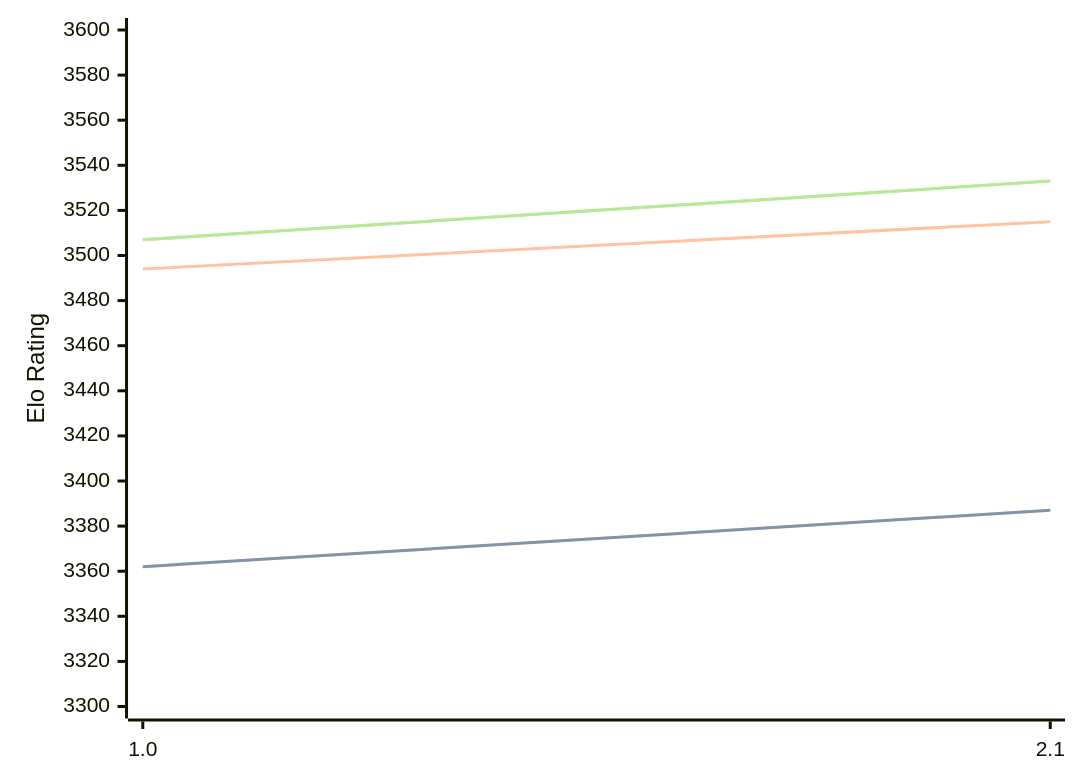
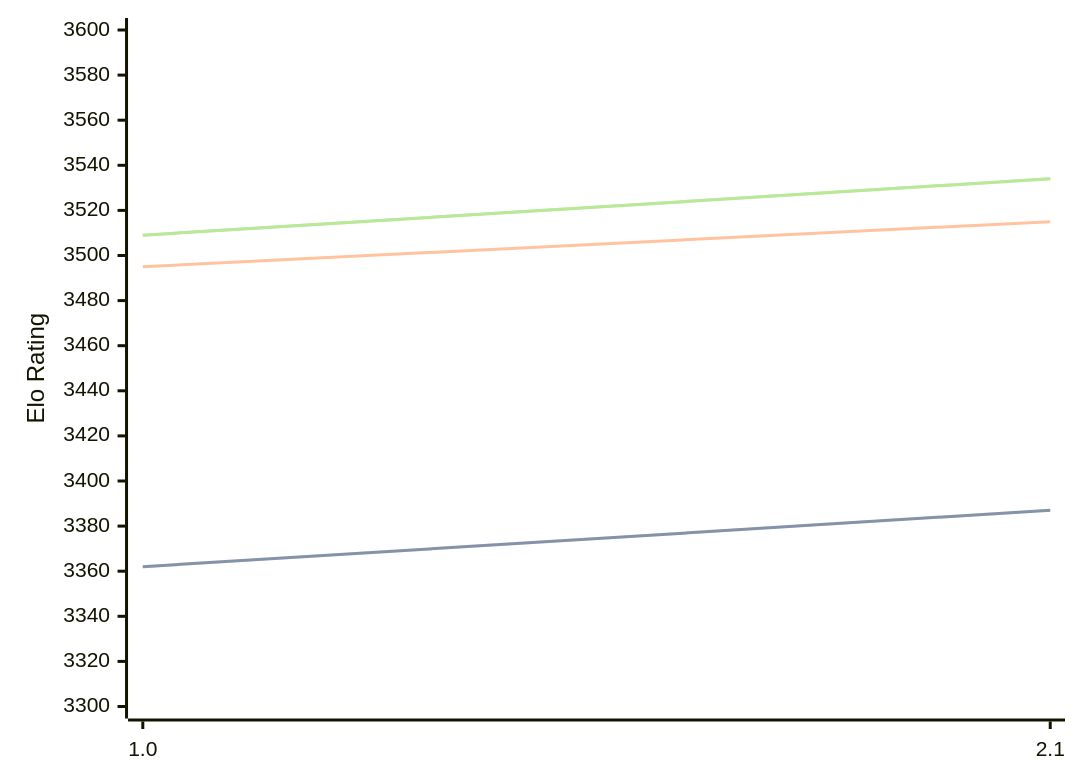
Before and after one commit to computer-chess-index/cci: the third of 3 diagrams in engines/Hobbes.md, drawn with Mermaid. The commit also changed other lines of this file, not shown here.

Commit message:
Update CCI Ratings (ELO VLTC) - 2026-07-14

````diff
--- a/engines/Hobbes.md
+++ b/engines/Hobbes.md
@@ -66,11 +66,11 @@
 ```mermaid
 %%{init: {"theme":"base","themeVariables":{"seriesColors:['#a3a3a3','#222221','#faa371']}}}%%
 xychart-beta
   x-axis ["1.0", "2.1"]
   y-axis "Elo Rating" 3300 --> 3600
   line "STC (8.0+0.08s)" [3362, 3387]
   line "STC (8.0+0.08s)" [3362, 3387]
-  line "LTC (60.0+0.60s)" [3494, 3515]
-  line "VLTC (2m24s+1.12s)" [3507, 3533]
-  line "VLTC (2m24s+1.12s)" [3507, 3533]
+  line "LTC (60.0+0.60s)" [3495, 3515]
+  line "VLTC (2m24s+1.12s)" [3509, 3534]
+  line "VLTC (2m24s+1.12s)" [3509, 3534]
 ```
````
